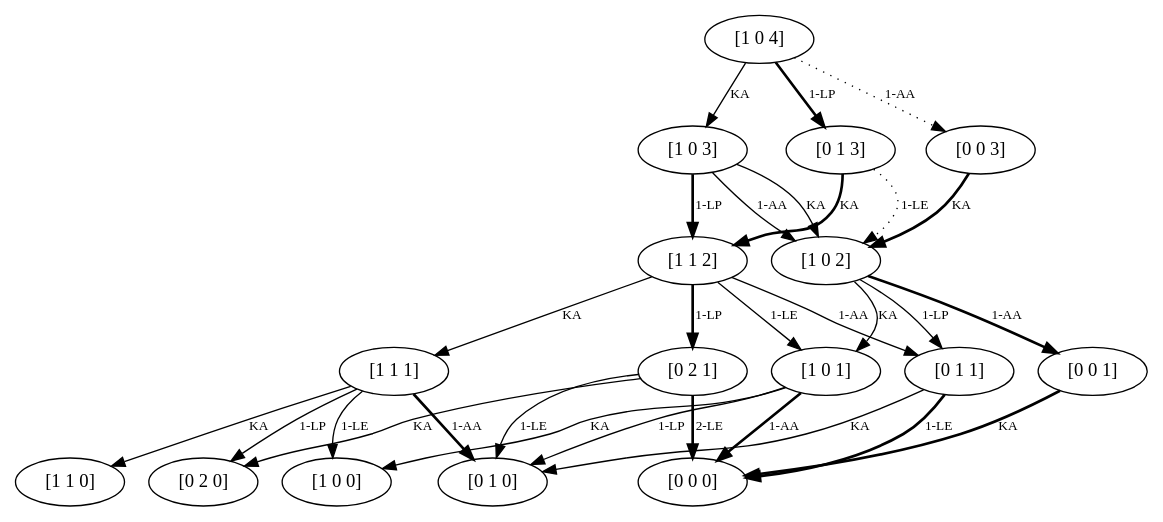
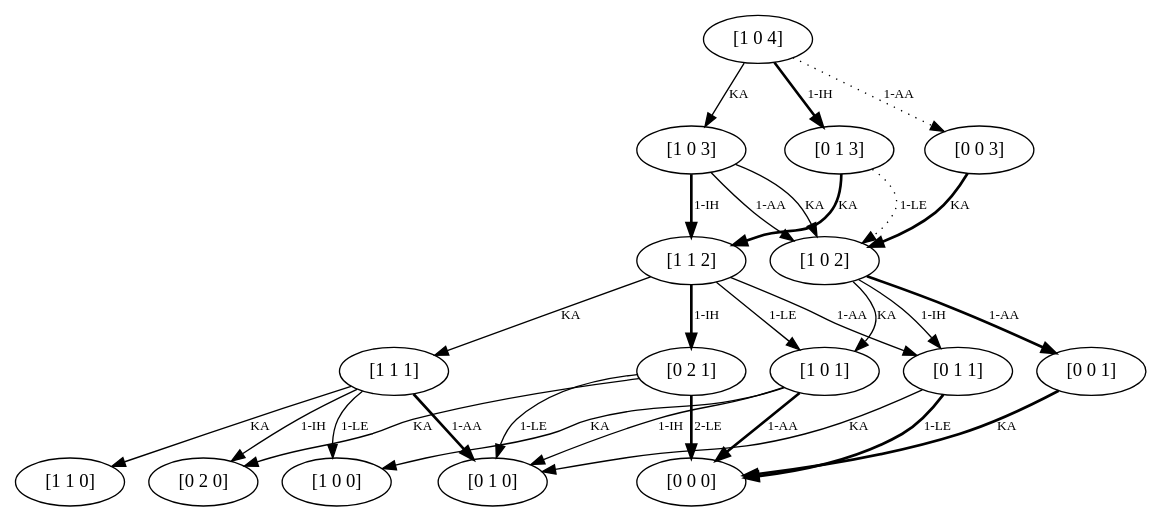
The diagram in Bilder/beispiel6.dot (rb4k/MA-DP), drawn with Graphviz before and after one commit. The commit also changed 23 other files, not shown here.

```diff
--- a/Bilder/beispiel6.dot
+++ b/Bilder/beispiel6.dot
@@ -43,8 +43,8 @@
 value=0.0];
 6 -> 15 [key=1,
 goal="[0 2 0]",
-label="1-LP",
-modus=LP,
+label="1-IH",
+modus=IH,
 not_best_politic=True,
 revenue=0,
 time=1,
@@ -100,8 +100,8 @@
 value=550.0];
 7 -> 16 [key=1,
 goal="[0 2 1]",
-label="1-LP",
-modus=LP,
+label="1-IH",
+modus=IH,
 not_best_politic=False,
 revenue=0,
 style=bold,
@@ -133,8 +133,8 @@
 weight_goal=0.0];
 11 -> 20 [key=1,
 goal="[0 1 0]",
-label="1-LP",
-modus=LP,
+label="1-IH",
+modus=IH,
 not_best_politic=True,
 revenue=0,
 time=1,
@@ -171,8 +171,8 @@
 weight_goal=50.0];
 12 -> 21 [key=1,
 goal="[0 1 1]",
-label="1-LP",
-modus=LP,
+label="1-IH",
+modus=IH,
 not_best_politic=True,
 revenue=0,
 time=2,
@@ -200,8 +200,8 @@
 value=275.0];
 13 -> 7 [key=1,
 goal="[1 1 2]",
-label="1-LP",
-modus=LP,
+label="1-IH",
+modus=IH,
 not_best_politic=False,
 revenue=0,
 style=bold,
@@ -247,8 +247,8 @@
 value=0.0];
 14 -> 23 [key=1,
 goal="[0 1 3]",
-label="1-LP",
-modus=LP,
+label="1-IH",
+modus=IH,
 not_best_politic=False,
 revenue=0,
 style=bold,
```
